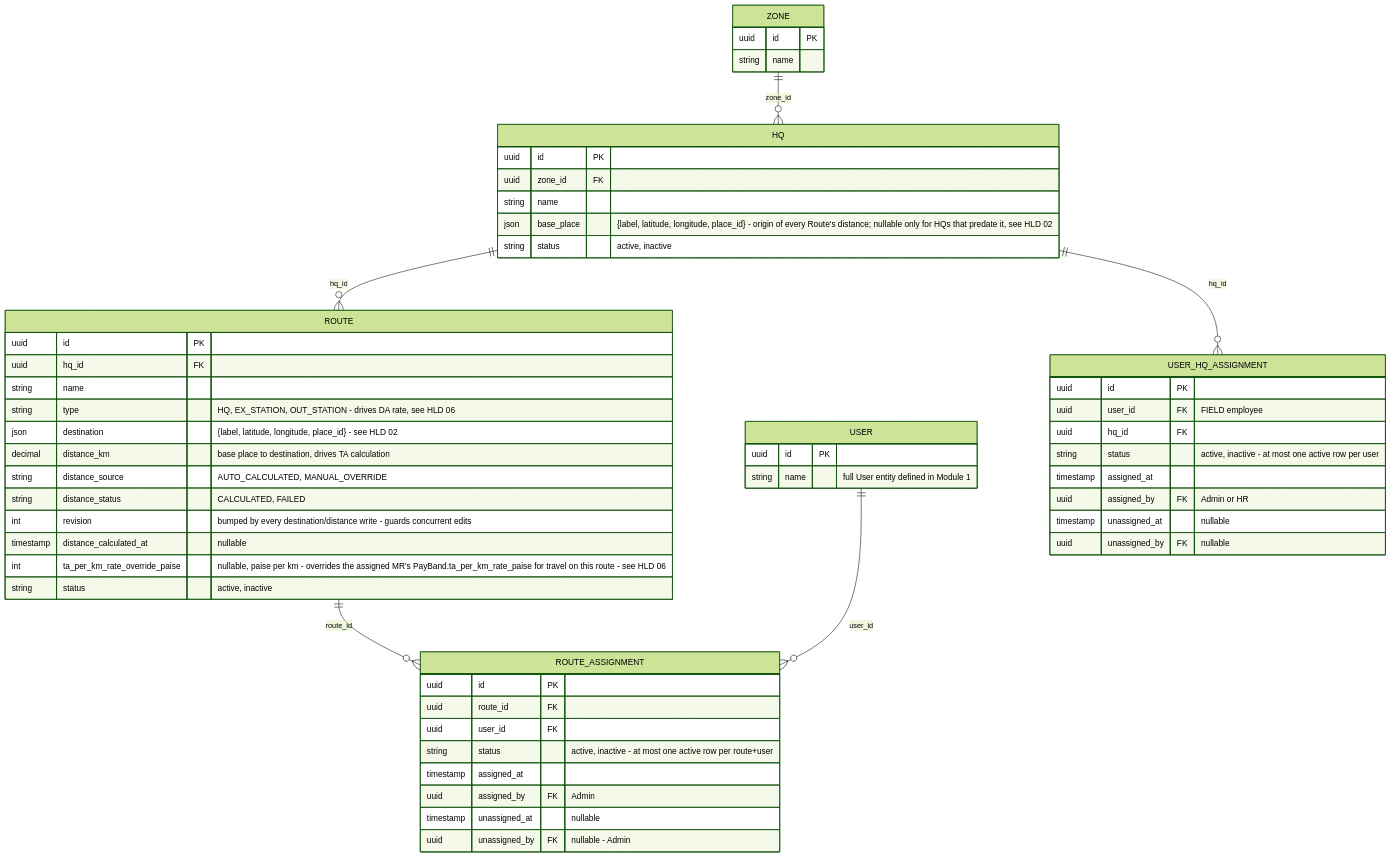
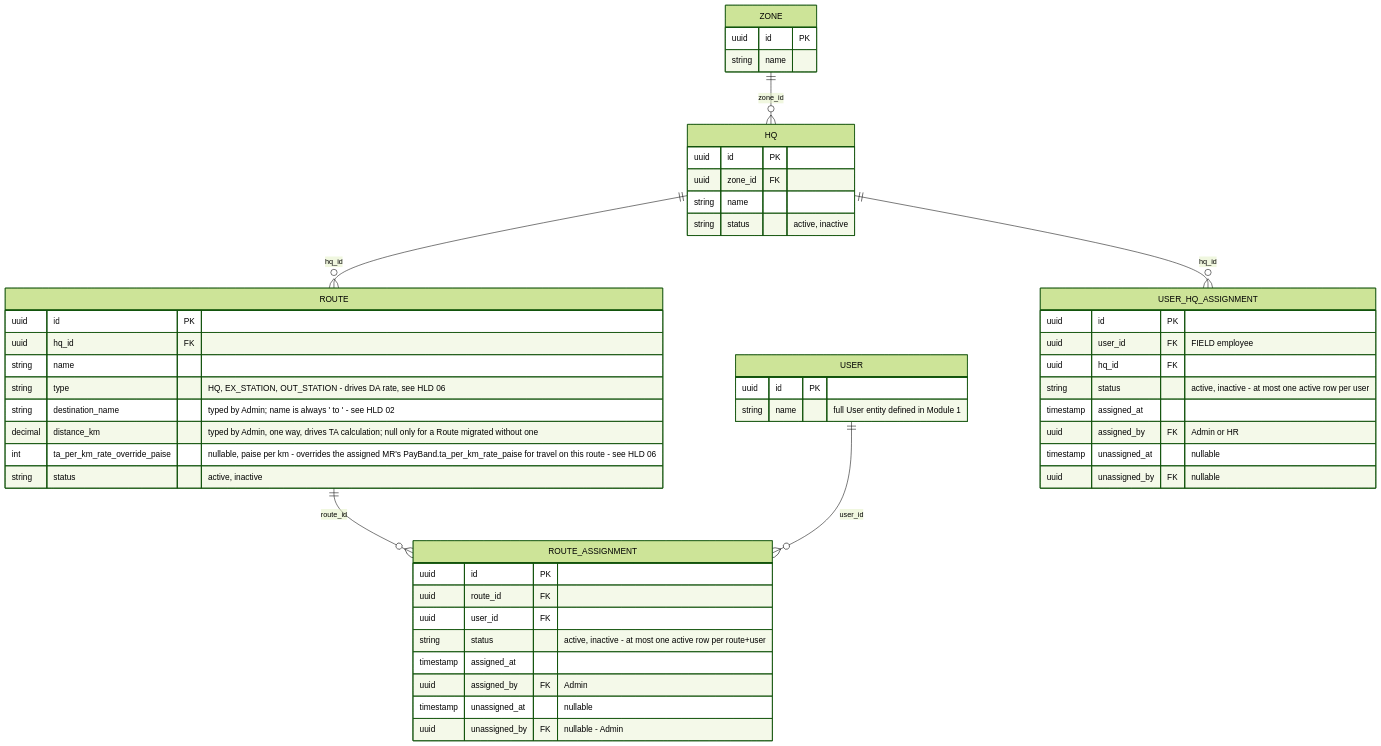
Before and after one commit to reboot-ai-private-limited/greynote: the diagram in docs/erd/02-territory-master.md, drawn with Mermaid (forest theme). The commit also changed other lines of this file and 75 other files, not shown here.

Commit message:
feat(territory,web): routes are HQ + destination name + typed km, named "HQ to destination"; map, HQ base place and Google distance removed; migrate:route-km

````diff
--- a/docs/erd/02-territory-master.md
+++ b/docs/erd/02-territory-master.md
@@ -8,58 +8,53 @@
 ```mermaid
 erDiagram
     USER {
         uuid id PK
         string name "full User entity defined in Module 1"
     }
     ZONE {
         uuid id PK
         string name
     }
     HQ {
         uuid id PK
         uuid zone_id FK
         string name
-        json base_place "{label, latitude, longitude, place_id} - origin of every Route's distance; nullable only for HQs that predate it, see HLD 02"
         string status "active, inactive"
     }
     ROUTE {
         uuid id PK
         uuid hq_id FK
         string name
         string type "HQ, EX_STATION, OUT_STATION - drives DA rate, see HLD 06"
-        json destination "{label, latitude, longitude, place_id} - see HLD 02"
-        decimal distance_km "base place to destination, drives TA calculation"
-        string distance_source "AUTO_CALCULATED, MANUAL_OVERRIDE"
-        string distance_status "CALCULATED, FAILED"
-        int revision "bumped by every destination/distance write - guards concurrent edits"
-        timestamp distance_calculated_at "nullable"
+        string destination_name "typed by Admin; name is always '<HQ> to <destination>' - see HLD 02"
+        decimal distance_km "typed by Admin, one way, drives TA calculation; null only for a Route migrated without one"
         int ta_per_km_rate_override_paise "nullable, paise per km - overrides the assigned MR's PayBand.ta_per_km_rate_paise for travel on this route - see HLD 06"
         string status "active, inactive"
     }
     ROUTE_ASSIGNMENT {
         uuid id PK
         uuid route_id FK
         uuid user_id FK
         string status "active, inactive - at most one active row per route+user"
         timestamp assigned_at
         uuid assigned_by FK "Admin"
         timestamp unassigned_at "nullable"
         uuid unassigned_by FK "nullable - Admin"
     }
     USER_HQ_ASSIGNMENT {
         uuid id PK
         uuid user_id FK "FIELD employee"
         uuid hq_id FK
         string status "active, inactive - at most one active row per user"
         timestamp assigned_at
         uuid assigned_by FK "Admin or HR"
         timestamp unassigned_at "nullable"
         uuid unassigned_by FK "nullable"
     }
 
     ZONE ||--o{ HQ : "zone_id"
     HQ ||--o{ ROUTE : "hq_id"
     HQ ||--o{ USER_HQ_ASSIGNMENT : "hq_id"
     ROUTE ||--o{ ROUTE_ASSIGNMENT : "route_id"
     USER ||--o{ ROUTE_ASSIGNMENT : "user_id"
 ```
````
